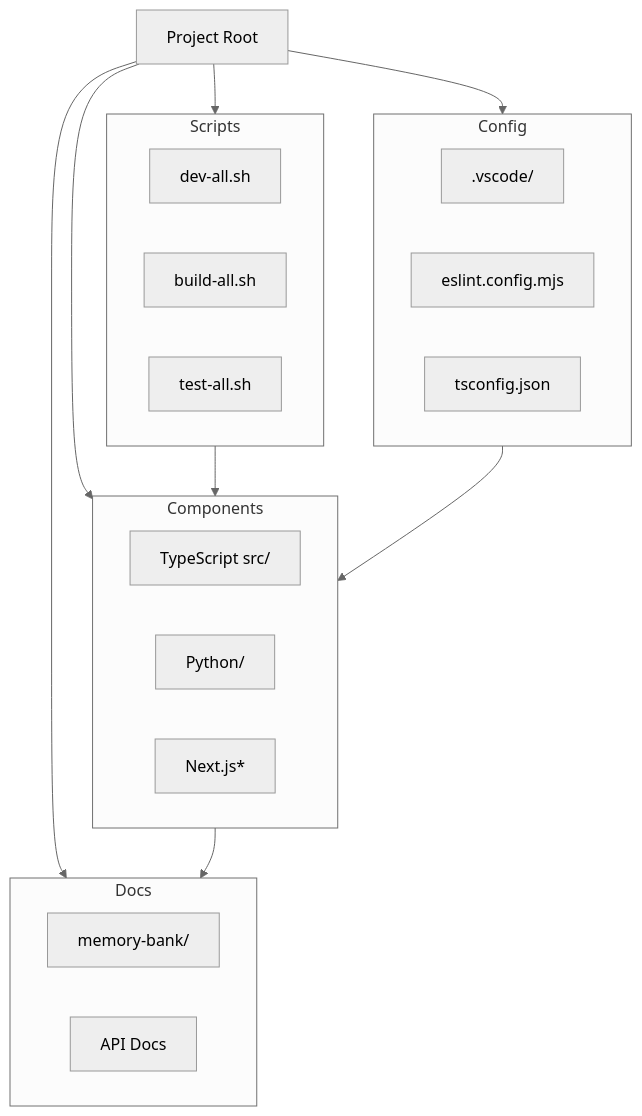
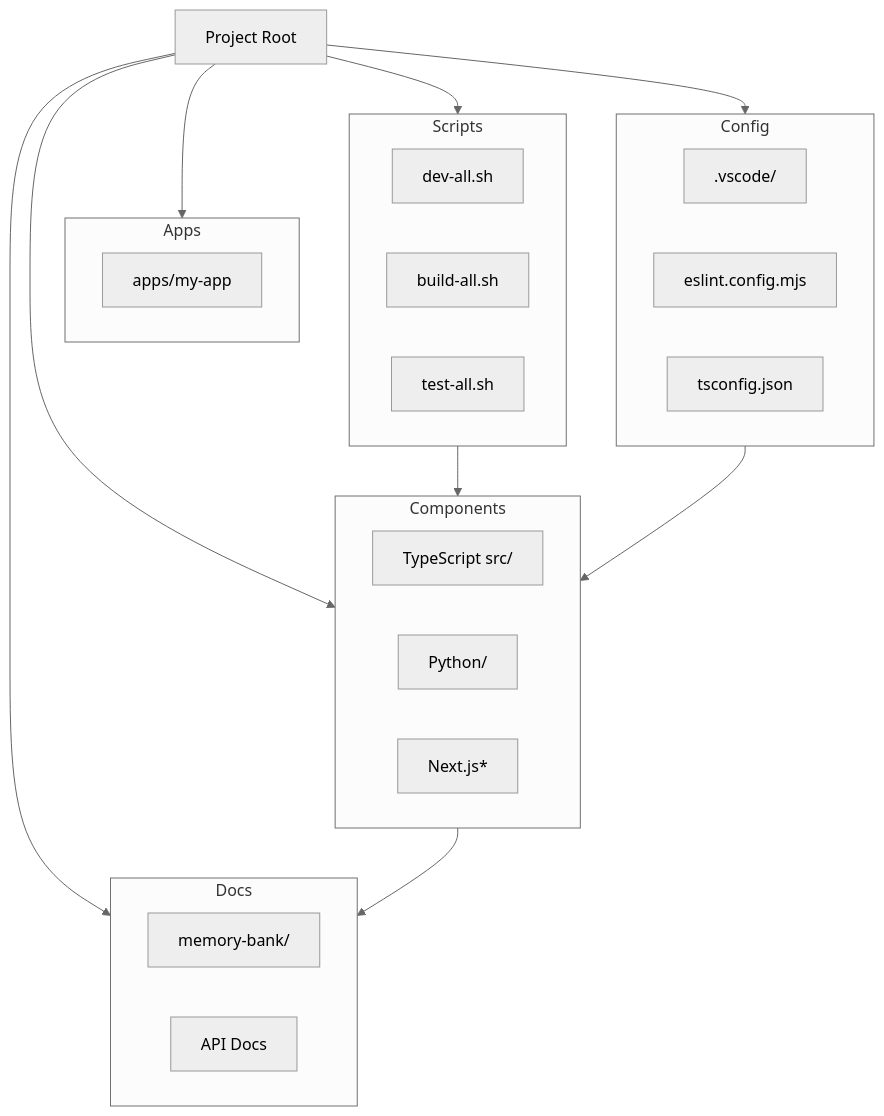
One commit to Luxcium/stellar-phoenix changed the first of 6 diagrams in memory-bank/systemPatterns.md. Above: the diagram before and after it, drawn with Mermaid (neutral theme). The commit also changed 17 other files, not shown here.

````diff
--- a/memory-bank/systemPatterns.md
+++ b/memory-bank/systemPatterns.md
@@ -7,34 +7,39 @@
 ```mermaid
 flowchart TD
     Root[Project Root] --> Components
     Root --> Config
     Root --> Scripts
     Root --> Docs
+    Root --> Apps
 
     subgraph Components
         TS[TypeScript src/]
         PY[Python/]
         Next[Next.js*]
+    end
+
+    subgraph Apps
+        MyApp[apps/my-app]
     end
 
     subgraph Config
         VS[.vscode/]
         ESLint[eslint.config.mjs]
         TS_Config[tsconfig.json]
     end
 
     subgraph Scripts
         Dev[dev-all.sh]
         Build[build-all.sh]
         Test[test-all.sh]
     end
 
     subgraph Docs
         MB[memory-bank/]
         API[API Docs]
     end
 
     Scripts --> Components
     Config --> Components
     Components --> Docs
 ```
````
